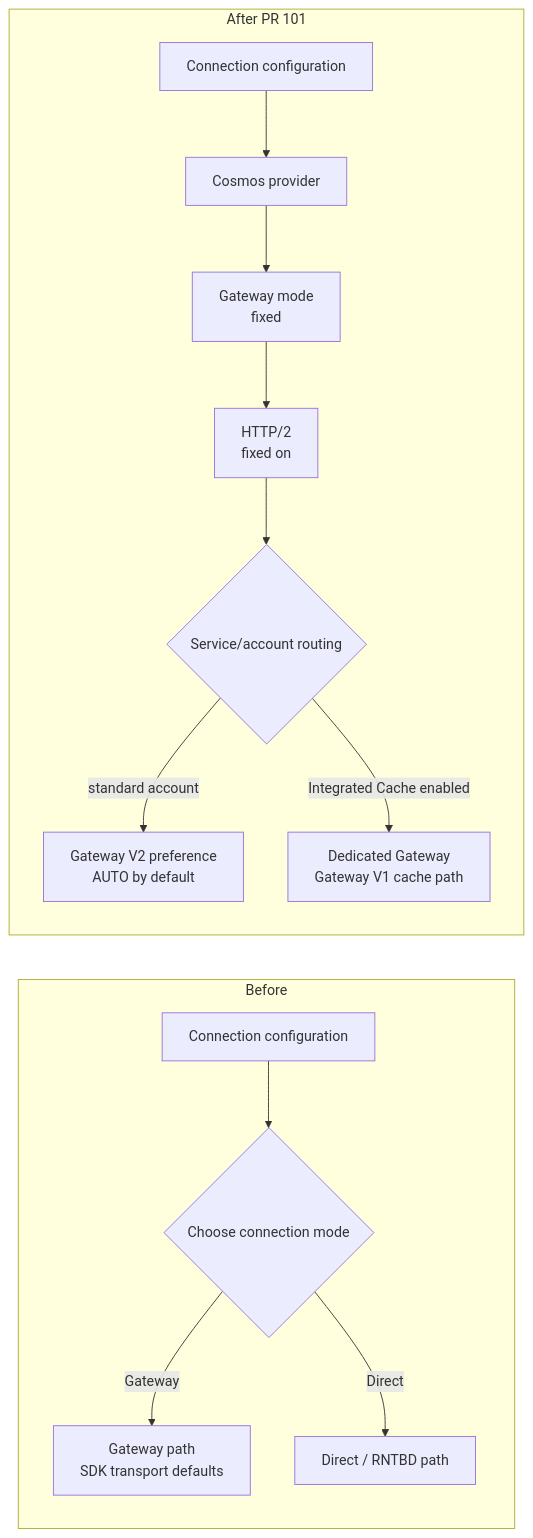
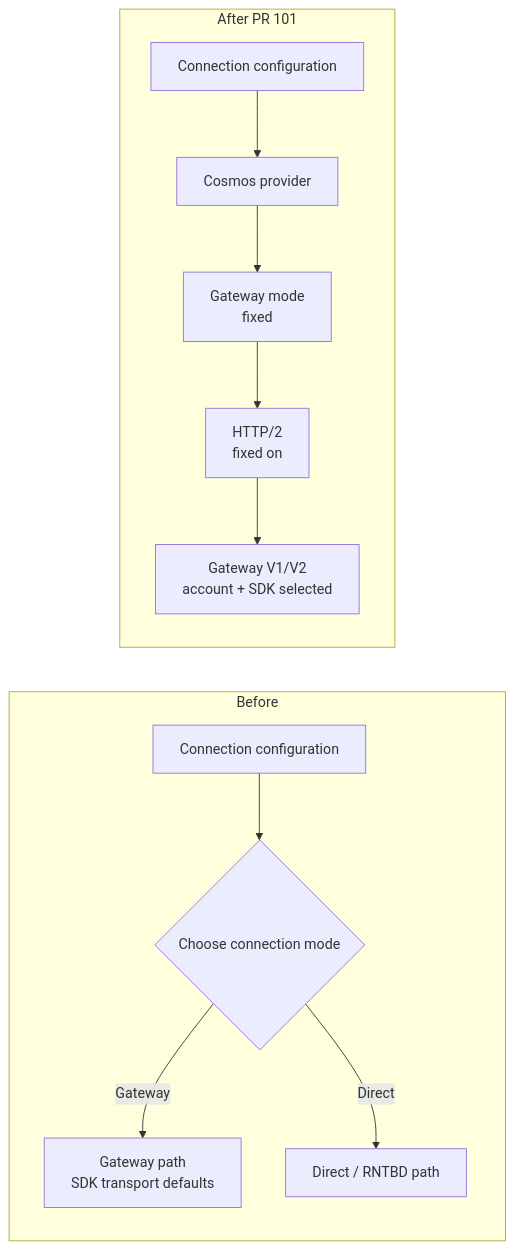
The first of 4 diagrams in specs/feat/cosmos-gateway-defaults/design.md (allenkim0129/multiclouddb-sdk-for-java), drawn with Mermaid before and after one commit. The commit also changed other lines of this file and 17 other files, not shown here.

````diff
--- a/specs/feat/cosmos-gateway-defaults/design.md
+++ b/specs/feat/cosmos-gateway-defaults/design.md
@@ -28,21 +26,19 @@
 ```mermaid
 flowchart LR
     subgraph Before["Before"]
         direction TB
         BConfig["Connection configuration"]
         BConfig --> BMode{"Choose connection mode"}
         BMode -->|Gateway| BGateway["Gateway path<br/>SDK transport defaults"]
         BMode -->|Direct| BDirect["Direct / RNTBD path"]
     end
 
     subgraph After["After PR 101"]
         direction TB
         AConfig["Connection configuration"]
         AConfig --> AProvider["Cosmos provider"]
         AProvider --> AGateway["Gateway mode<br/>fixed"]
         AGateway --> AHttp2["HTTP/2<br/>fixed on"]
-        AHttp2 --> AProfile{"Service/account routing"}
-        AProfile -->|standard account| AThin["Gateway V2 preference<br/>AUTO by default"]
-        AProfile -->|Integrated Cache enabled| ACache["Dedicated Gateway<br/>Gateway V1 cache path"]
+        AHttp2 --> ARoute["Gateway V1/V2<br/>account + SDK selected"]
     end
 ```
````
